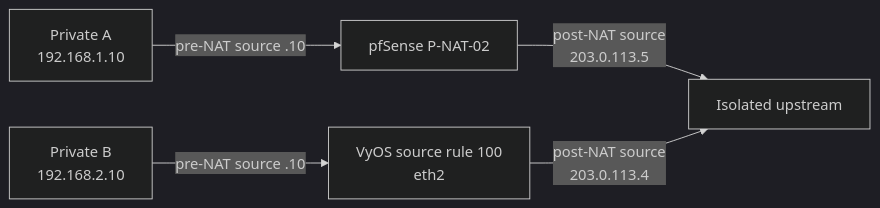
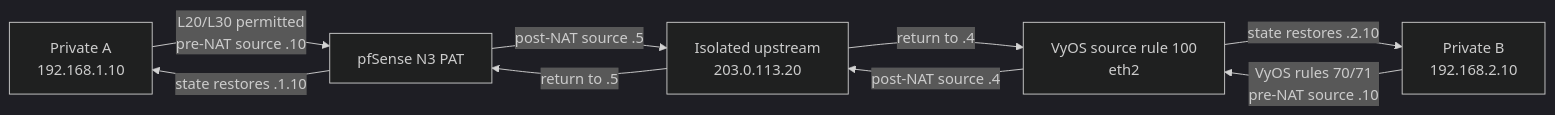
One commit to RJMoral160/cybersecurity-portfolio changed the second of 2 diagrams in projects/firewall-dmz-security/diagrams/nat-flows.md. Above: the diagram before and after it, drawn with Mermaid (dark theme). The commit also changed other lines of this file and 62 other files, not shown here.

````diff
--- a/projects/firewall-dmz-security/diagrams/nat-flows.md
+++ b/projects/firewall-dmz-security/diagrams/nat-flows.md
@@ -16,7 +17,11 @@
 ```mermaid
 flowchart LR
-  A["Private A<br/>192.168.1.10"] -->|"pre-NAT source .10"| PF["pfSense P-NAT-02"]
-  PF -->|"post-NAT source<br/>203.0.113.5"| Up["Isolated upstream"]
-  B["Private B<br/>192.168.2.10"] -->|"pre-NAT source .10"| VY["VyOS source rule 100<br/>eth2"]
-  VY -->|"post-NAT source<br/>203.0.113.4"| Up
+  A["Private A<br/>192.168.1.10"] -->|"L20/L30 permitted<br/>pre-NAT source .10"| PF["pfSense N3 PAT"]
+  PF -->|"post-NAT source .5"| Up["Isolated upstream<br/>203.0.113.20"]
+  Up -->|"return to .5"| PF
+  PF -->|"state restores .1.10"| A
+  B["Private B<br/>192.168.2.10"] -->|"VyOS rules 70/71<br/>pre-NAT source .10"| VY["VyOS source rule 100<br/>eth2"]
+  VY -->|"post-NAT source .4"| Up
+  Up -->|"return to .4"| VY
+  VY -->|"state restores .2.10"| B
 ```
````
